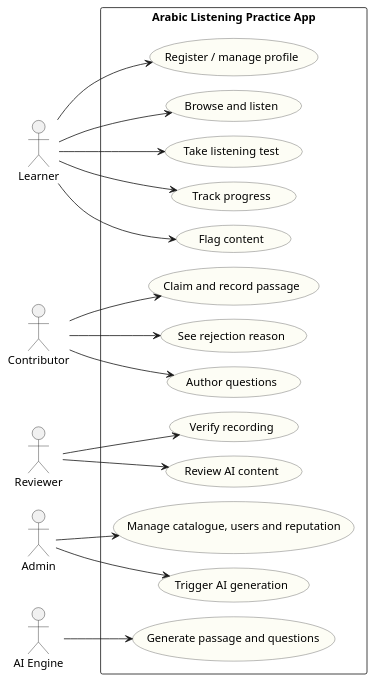
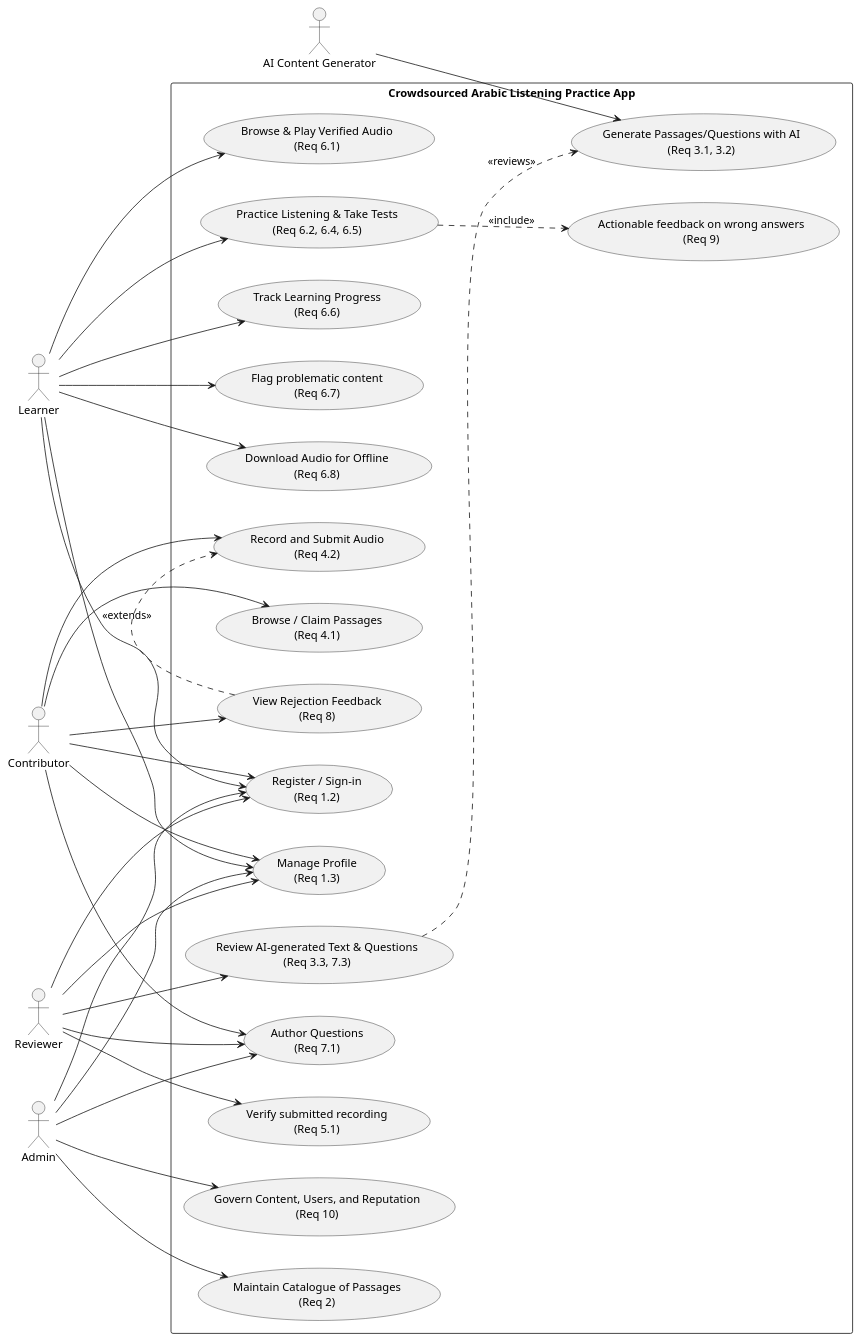
One commit to iAbdulrrahman/asghi-diagrams changed the diagram in h_uc.puml. Above: the diagram before and after it, drawn with PlantUML. The commit also changed 2 other files, not shown here.

Commit message:
h_uc: restore all 18 use cases, reorder only
Owner edit was layout-only. Restores every use case name, requirement id and
relationship verbatim as authored; the only change is declaration order, so
each role's use cases sit in one block and its actor sits level with them.
verify.py: drop the requirement-id and stereotype checks — content is the
owner's call, the check keeps only the two layout-independent rules.

```diff
--- a/h_uc.puml
+++ b/h_uc.puml
@@ -1,57 +1,86 @@
 @startuml
 left to right direction
-skinparam shadowing false
-skinparam nodesep 18
-skinparam ranksep 55
+skinparam packageStyle rectangle
+skinparam nodesep 40
+skinparam ranksep 80
 skinparam defaultFontName Arial
-skinparam usecase {
-  BackgroundColor #FDFDF5
-  BorderColor #555555
+
+' ==========================================
+' 1. LEFT ACTORS
+' ==========================================
+actor "Learner" as Learner
+actor "Contributor" as Contributor
+
+' ==========================================
+' 2. SYSTEM BOUNDARY
+' ==========================================
+rectangle "Crowdsourced Arabic Listening Practice App" {
+ 
+  ' --- LEARNER USE CASES ---
+  usecase "Browse & Play Verified Audio\n(Req 6.1)" as UC_Browse
+  usecase "Practice Listening & Take Tests\n(Req 6.2, 6.4, 6.5)" as UC_Practice
+  usecase "Track Learning Progress\n(Req 6.6)" as UC_Track
+  usecase "Flag problematic content\n(Req 6.7)" as UC_Flag
+  usecase "Download Audio for Offline\n(Req 6.8)" as UC_Offline
+
+  ' --- CONTRIBUTOR USE CASES ---
+  usecase "Browse / Claim Passages\n(Req 4.1)" as UC_Claim
+  usecase "Record and Submit Audio\n(Req 4.2)" as UC_Record
+  usecase "View Rejection Feedback\n(Req 8)" as UC_Reject
+
+  ' --- SHARED BY EVERY ROLE ---
+  usecase "Register / Sign-in\n(Req 1.2)" as UC_Reg
+  usecase "Manage Profile\n(Req 1.3)" as UC_Profile
+
+  ' --- REVIEWER AND ADMIN USE CASES ---
+  usecase "Author Questions\n(Req 7.1)" as UC_Author
+  usecase "Verify submitted recording\n(Req 5.1)" as UC_Verify
+  usecase "Review AI-generated Text & Questions\n(Req 3.3, 7.3)" as UC_ReviewAI
+  usecase "Generate Passages/Questions with AI\n(Req 3.1, 3.2)" as UC_GenAI
+  usecase "Maintain Catalogue of Passages\n(Req 2)" as UC_Catalogue
+  usecase "Govern Content, Users, and Reputation\n(Req 10)" as UC_Govern
+  usecase "Actionable feedback on wrong answers\n(Req 9)" as UC_Feedback
 }
 
-actor "Learner" as Learner
-actor "Contributor" as Contributor
+' ==========================================
+' 3. RIGHT ACTORS
+' ==========================================
 actor "Reviewer" as Reviewer
 actor "Admin" as Admin
-actor "AI Engine" as AI
+actor "AI Content Generator" as AI
 
-rectangle "Arabic Listening Practice App" {
+' ==========================================
+' 4. CONNECTIONS — grouped by actor, in the same order as the use cases above
+' ==========================================
+Learner --> UC_Browse
+Learner --> UC_Practice
+Learner --> UC_Track
+Learner --> UC_Flag
+Learner --> UC_Offline
 
-  usecase "Register / manage profile" as UC_Account
-  usecase "Browse and listen" as UC_Browse
-  usecase "Take listening test" as UC_Test
-  usecase "Track progress" as UC_Progress
-  usecase "Flag content" as UC_Flag
-
-  usecase "Claim and record passage" as UC_Record
-  usecase "See rejection reason" as UC_Reject
-  usecase "Author questions" as UC_Author
-
-  usecase "Verify recording" as UC_Verify
-  usecase "Review AI content" as UC_Review
-
-  usecase "Manage catalogue, users and reputation" as UC_Admin
-  usecase "Trigger AI generation" as UC_Gen
-
-  usecase "Generate passage and questions" as UC_AIGen
-}
-
-Learner --> UC_Account
-Learner --> UC_Browse
-Learner --> UC_Test
-Learner --> UC_Progress
-Learner --> UC_Flag
-
+Contributor --> UC_Claim
 Contributor --> UC_Record
 Contributor --> UC_Reject
+
+Learner --> UC_Reg
+Contributor --> UC_Reg
+Reviewer --> UC_Reg
+Admin --> UC_Reg
+Learner --> UC_Profile
+Contributor --> UC_Profile
+Reviewer --> UC_Profile
+Admin --> UC_Profile
+
 Contributor --> UC_Author
-
+Reviewer --> UC_Author
+Admin --> UC_Author
 Reviewer --> UC_Verify
-Reviewer --> UC_Review
-
-Admin --> UC_Admin
-Admin --> UC_Gen
-
-AI --> UC_AIGen
+Reviewer --> UC_ReviewAI
+AI --> UC_GenAI
+Admin --> UC_Catalogue
+Admin --> UC_Govern
+UC_Practice ..> UC_Feedback : <<include>>
+UC_Reject .> UC_Record : <<extends>>
+UC_ReviewAI ..> UC_GenAI : <<reviews>>
 
 @enduml
```
